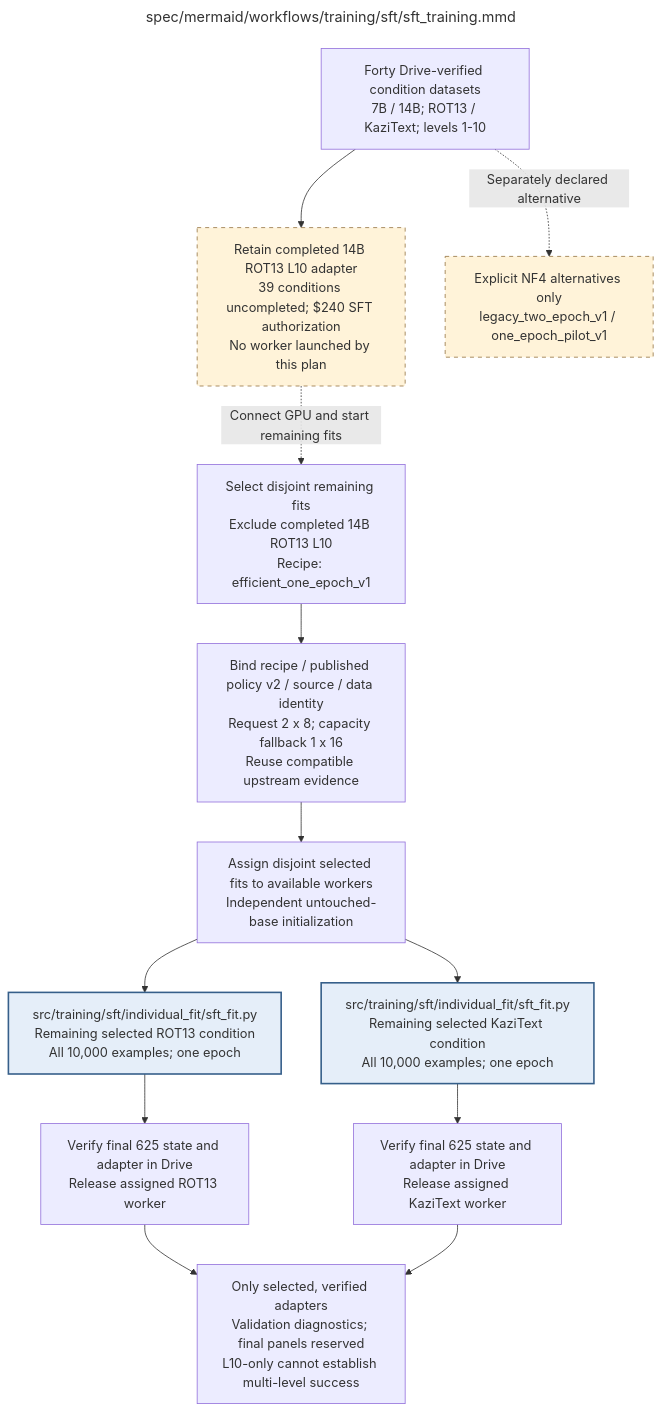
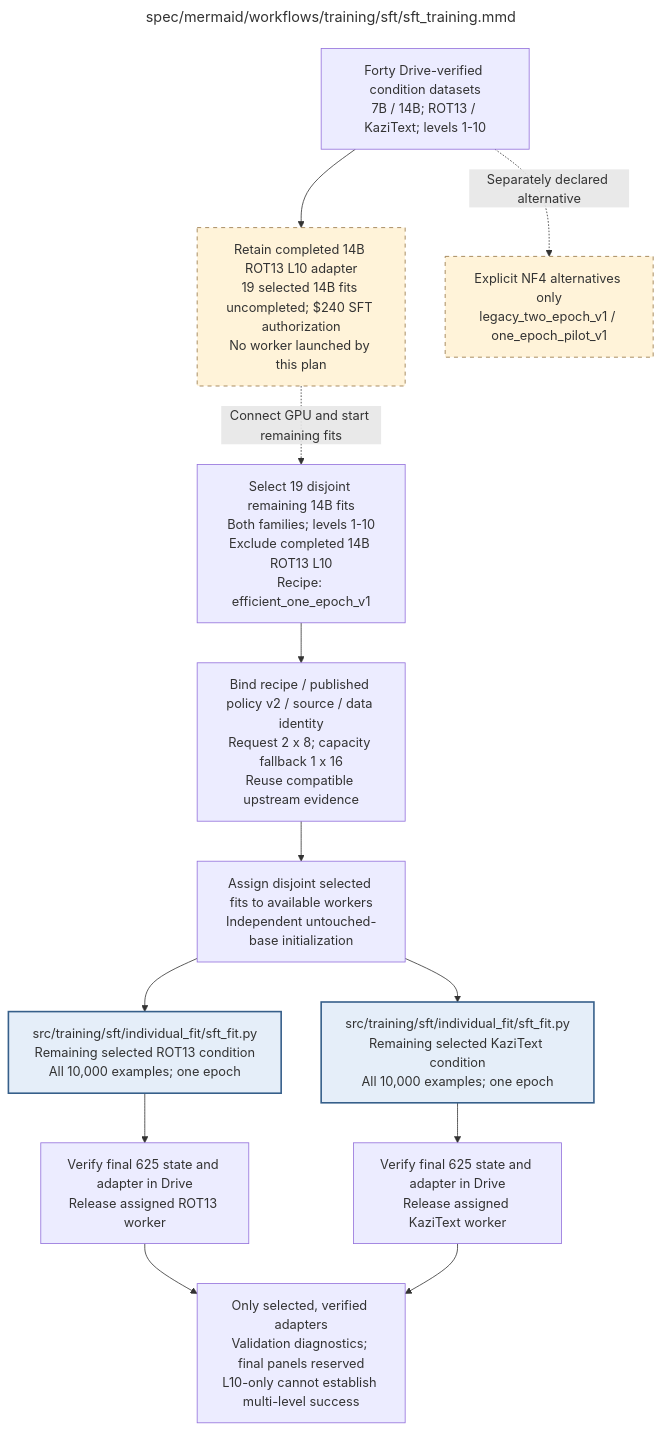
The diagram in docs/modules/training/sft/sft_training.md (AJUNNYC/inducing_persistent_textual_chain_of_thought_illegibility), drawn with Mermaid before and after one commit. The commit also changed other lines of this file and 29 other files, not shown here.

````diff
--- a/docs/modules/training/sft/sft_training.md
+++ b/docs/modules/training/sft/sft_training.md
@@ -85,46 +85,46 @@
 ```mermaid
 ---
 title: "spec/mermaid/workflows/training/sft/sft_training.mmd"
 ---
 flowchart TD
 %% Default efficient_one_epoch_v1 applies per explicitly selected fit.
-%% Forty datasets remain available; 14B ROT13 L10 completed 625, leaving39 uncompleted.
+%% Forty datasets remain available; 14B ROT13 L10 completed 625, leaving 19 selected 14B fits uncompleted.
 %% $240 SFT authorized 13 Oct; retain completed adapter. No new worker or benchmark campaign implied.
 %% One epoch: all 10,000 examples once, 625 updates, cosine horizon 625, warmup 19.
 %% Declared baseline: BF16 base/head, exact full-gradient CCE, SDPA, plain AdamW.
 %% Completion-only per-example weighting, full 4096 targets, LoRA and effective batch remain fixed.
 %% Policy v2 requests physical 2 x 8; capacity fallback 1 x 16 retains effective 16.
 %% Fresh duplicate-longest capacity order: 2/off, 1/off, 2/on, 1/on; exact resume keeps actual mode.
 %% Legacy NF4 one/two-epoch recipes retain separate source/configuration/state identities.
 %% Historical PRO/A100 partial checkpoints remain archives, never new-recipe warm starts.
 %% Native guards passed only for completed 14B ROT13 L10; actual 1 x 16/checkpointing off.
 %% Fit5793.143751s; worker6322.565654s; other condition runtimes unmeasured.
 %% Child: ROTFIT => individual_fit/sft_fit.mmd
 %% Child: KAZFIT => individual_fit/sft_fit.mmd
     INPUT["Forty Drive-verified condition datasets<br/>7B / 14B; ROT13 / KaziText; levels 1-10"]
-    PAUSE["Retain completed 14B ROT13 L10 adapter<br/>39 conditions uncompleted; $240 SFT authorization<br/>No worker launched by this plan"]
-    SELECT["Select disjoint remaining fits<br/>Exclude completed 14B ROT13 L10<br/>Recipe: efficient_one_epoch_v1"]
+    PAUSE["Retain completed 14B ROT13 L10 adapter<br/>19 selected 14B fits uncompleted; $240 SFT authorization<br/>No worker launched by this plan"]
+    SELECT["Select 19 disjoint remaining 14B fits<br/>Both families; levels 1-10<br/>Exclude completed 14B ROT13 L10<br/>Recipe: efficient_one_epoch_v1"]
     BIND["Bind recipe / published policy v2 / source / data identity<br/>Request 2 x 8; capacity fallback 1 x 16<br/>Reuse compatible upstream evidence"]
     PLAN["Assign disjoint selected fits to available workers<br/>Independent untouched-base initialization"]
     ROTFIT["src/training/sft/individual_fit/sft_fit.py<br/>Remaining selected ROT13 condition<br/>All 10,000 examples; one epoch"]
     KAZFIT["src/training/sft/individual_fit/sft_fit.py<br/>Remaining selected KaziText condition<br/>All 10,000 examples; one epoch"]
     ROTDONE["Verify final 625 state and adapter in Drive<br/>Release assigned ROT13 worker"]
     KAZDONE["Verify final 625 state and adapter in Drive<br/>Release assigned KaziText worker"]
     OUT["Only selected, verified adapters<br/>Validation diagnostics; final panels reserved<br/>L10-only cannot establish multi-level success"]
     LEGACY["Explicit NF4 alternatives only<br/>legacy_two_epoch_v1 / one_epoch_pilot_v1"]
     INPUT --> PAUSE
     PAUSE -.->|Connect GPU and start remaining fits| SELECT --> BIND --> PLAN
     PLAN --> ROTFIT --> ROTDONE --> OUT
     PLAN --> KAZFIT --> KAZDONE --> OUT
     INPUT -.->|Separately declared alternative| LEGACY
     classDef detail fill:#e5eef9,stroke:#365f8a,stroke-width:2px
     class ROTFIT,KAZFIT detail
     classDef stop fill:#fff3d9,stroke:#95733f,stroke-dasharray:5 5
     class PAUSE,LEGACY stop
 
 %% Repository module: src/training/sft/sft_training.py
 %% Module documentation: docs/modules/training/sft/sft_training.md
 %% Unit test: tests/unit/training/sft/test_sft_training.py
 %% Owner: sft
 %% Source sections: C.2; E.1.1-E.1.3; E.2.2,E.2.5; authorized efficient redesign
 ```
````
